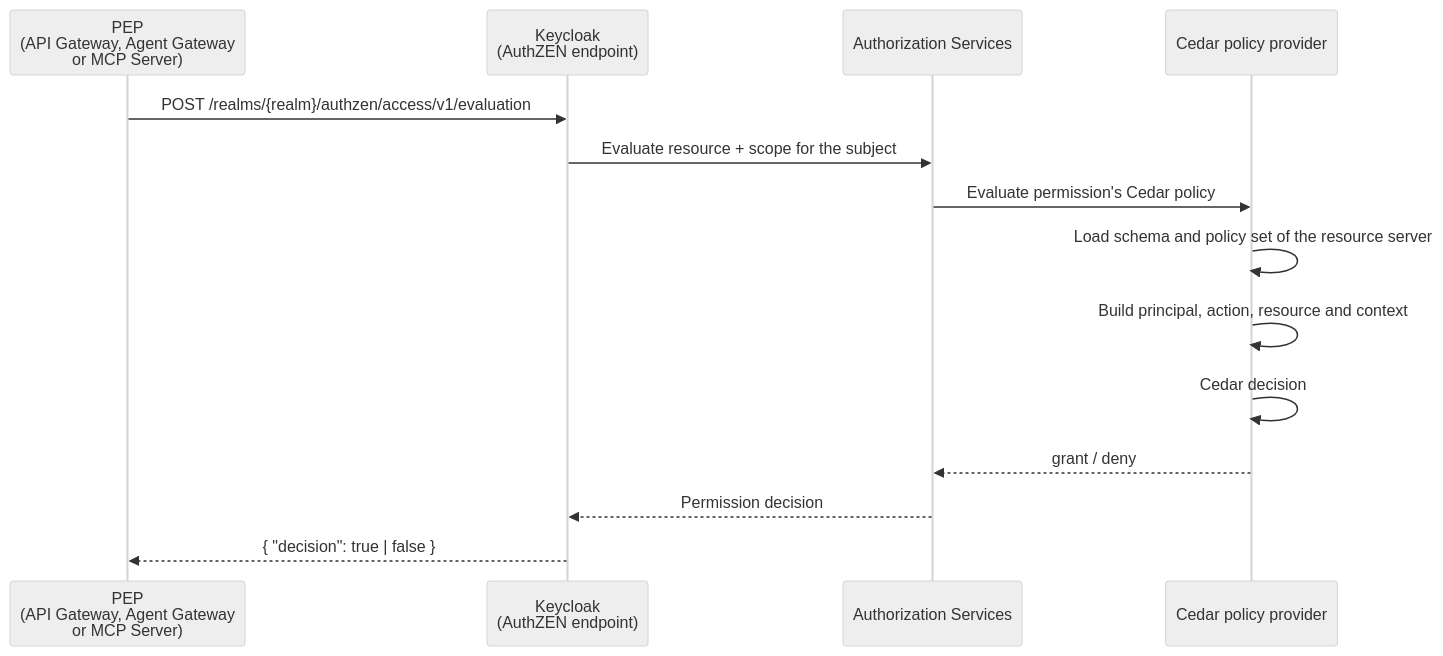
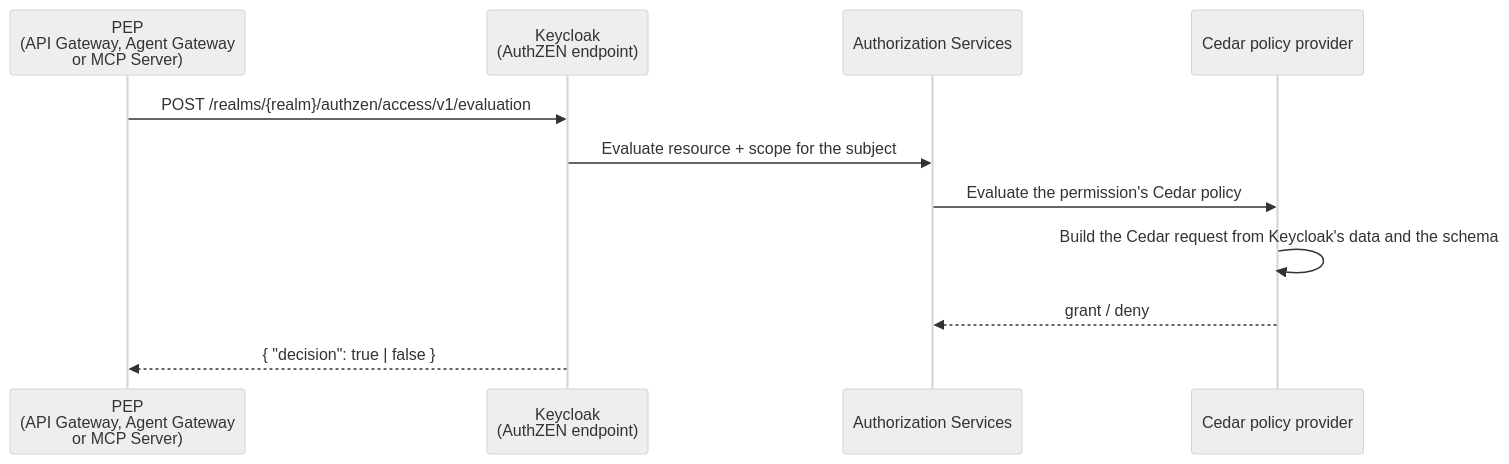
The diagram in README.md (embesozzi/keycloak-cedar-authorization), drawn with Mermaid (neutral theme) before and after one commit. The commit also changed other lines of this file and 4 other files, not shown here.

````diff
--- a/README.md
+++ b/README.md
@@ -53,17 +40,14 @@
 ```mermaid
 sequenceDiagram
     participant PEP as PEP <br/> (API Gateway, Agent Gateway <br/> or MCP Server)
     participant KC as Keycloak <br/> (AuthZEN endpoint)
     participant AS as Authorization Services
     participant CP as Cedar policy provider
 
     PEP->>KC: POST /realms/{realm}/authzen/access/v1/evaluation
     KC->>AS: Evaluate resource + scope for the subject
-    AS->>CP: Evaluate permission's Cedar policy
-    CP->>CP: Load schema and policy set of the resource server
-    CP->>CP: Build principal, action, resource and context
-    CP->>CP: Cedar decision
+    AS->>CP: Evaluate the permission's Cedar policy
+    CP->>CP: Build the Cedar request from Keycloak's data and the schema
     CP-->>AS: grant / deny
-    AS-->>KC: Permission decision
     KC-->>PEP: { "decision": true | false }
 ```
````
